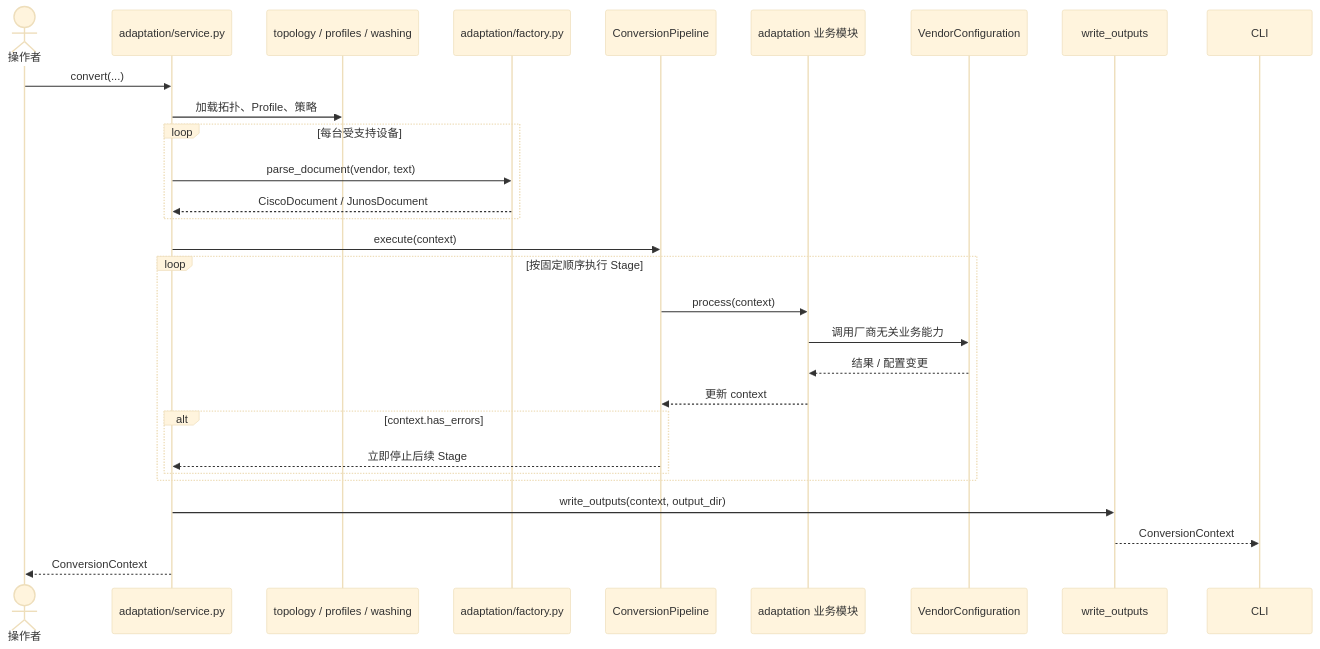
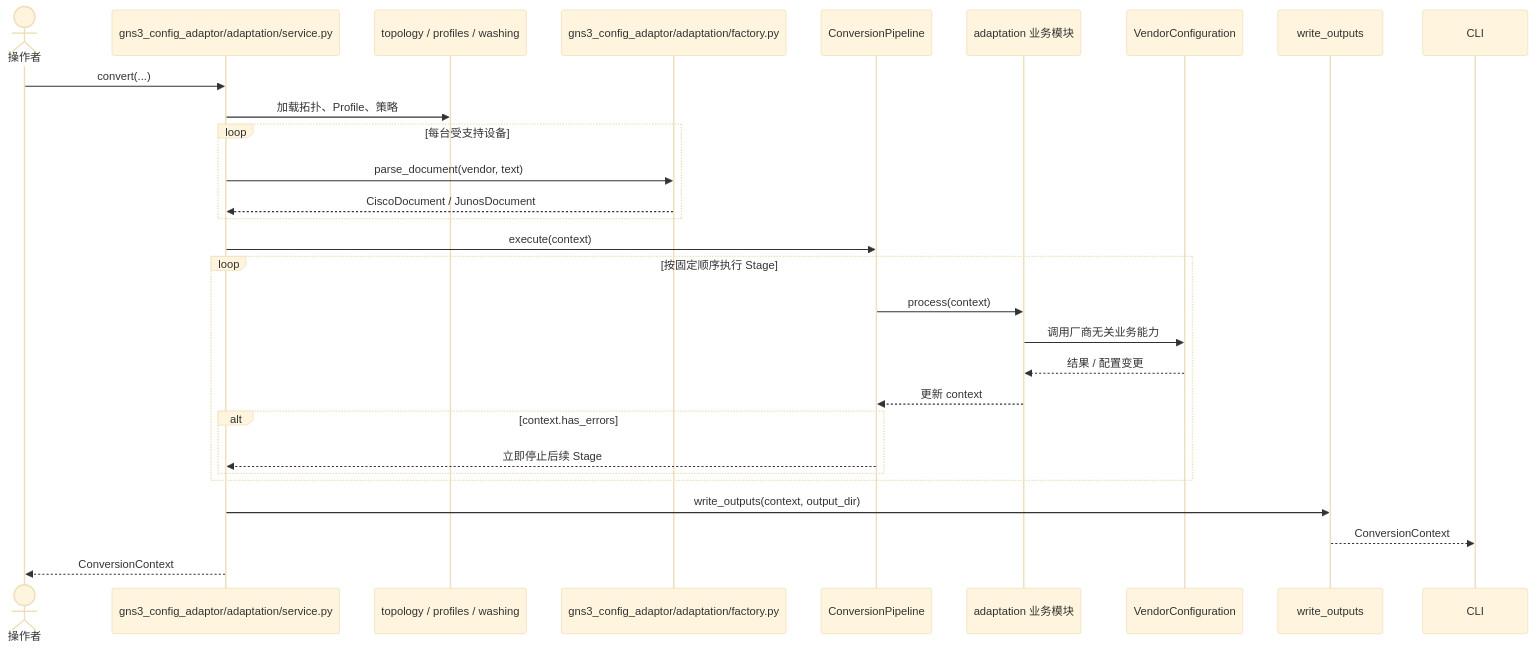
One commit to xiaobaozi01/config-mapping changed the fourth of 9 diagrams in docs/onboarding-guide.md. Above: the diagram before and after it, drawn with Mermaid (base theme). The commit also changed other lines of this file and 293 other files, not shown here.

````diff
--- a/docs/onboarding-guide.md
+++ b/docs/onboarding-guide.md
@@ -187,31 +187,31 @@
 ```mermaid
 sequenceDiagram
     actor User as 操作者
-    participant Entry as adaptation/service.py
+    participant Entry as gns3_config_adaptor/adaptation/service.py
     participant IO as topology / profiles / washing
-    participant Parser as adaptation/factory.py
+    participant Parser as gns3_config_adaptor/adaptation/factory.py
     participant Flow as ConversionPipeline
     participant Stage as adaptation 业务模块
     participant Doc as VendorConfiguration
     participant Output as write_outputs
 
     User->>Entry: convert(...)
     Entry->>IO: 加载拓扑、Profile、策略
     loop 每台受支持设备
         Entry->>Parser: parse_document(vendor, text)
         Parser-->>Entry: CiscoDocument / JunosDocument
     end
     Entry->>Flow: execute(context)
     loop 按固定顺序执行 Stage
         Flow->>Stage: process(context)
         Stage->>Doc: 调用厂商无关业务能力
         Doc-->>Stage: 结果 / 配置变更
         Stage-->>Flow: 更新 context
         alt context.has_errors
             Flow-->>Entry: 立即停止后续 Stage
         end
     end
     Entry->>Output: write_outputs(context, output_dir)
     Output-->>CLI: ConversionContext
     Entry-->>User: ConversionContext
 ```
````
